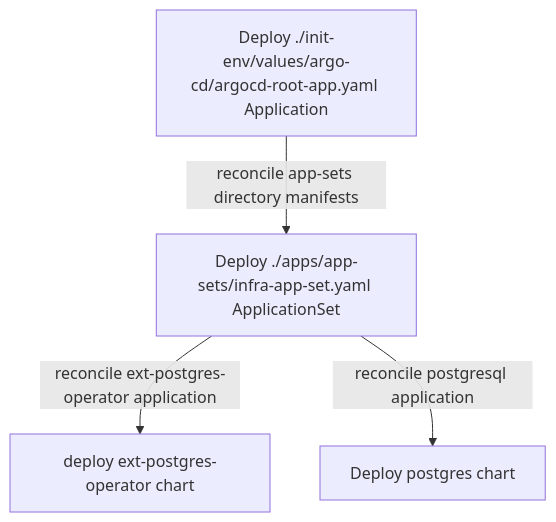
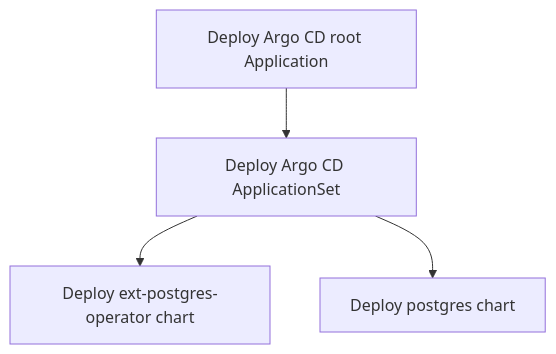
Before and after one commit to Tom-HA/k8s-operators-workshop: the diagram in init-env/02_deploy_root_app.md, drawn with Mermaid.

Commit message:
Update flow chart

````diff
--- a/init-env/02_deploy_root_app.md
+++ b/init-env/02_deploy_root_app.md
@@ -22,8 +22,8 @@
 ```mermaid
   graph TD;
-      rootApp[Deploy ./init-env/values/argo-cd/argocd-root-app.yaml Application]--reconcile app-sets directory manifests-->infraAppSet[Deploy ./apps/app-sets/infra-app-set.yaml ApplicationSet]
+      rootApp[Deploy Argo CD root Application]-->infraAppSet[Deploy Argo CD ApplicationSet]
       
-      infraAppSet--reconcile ext-postgres-operator application-->extPostgresOperator[deploy ext-postgres-operator chart]
+      infraAppSet-->extPostgresOperator[Deploy ext-postgres-operator chart]
       
-      infraAppSet--reconcile postgresql application-->postgres[Deploy postgres chart]
+      infraAppSet-->postgres[Deploy postgres chart]
 ```
````
